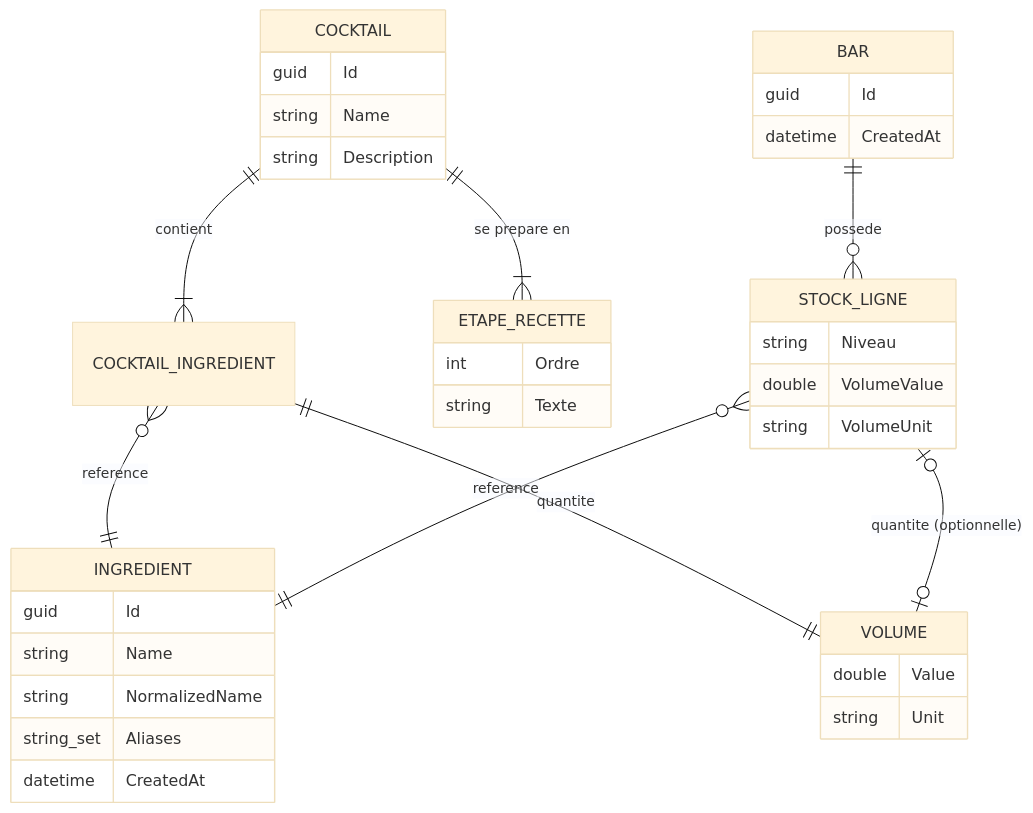
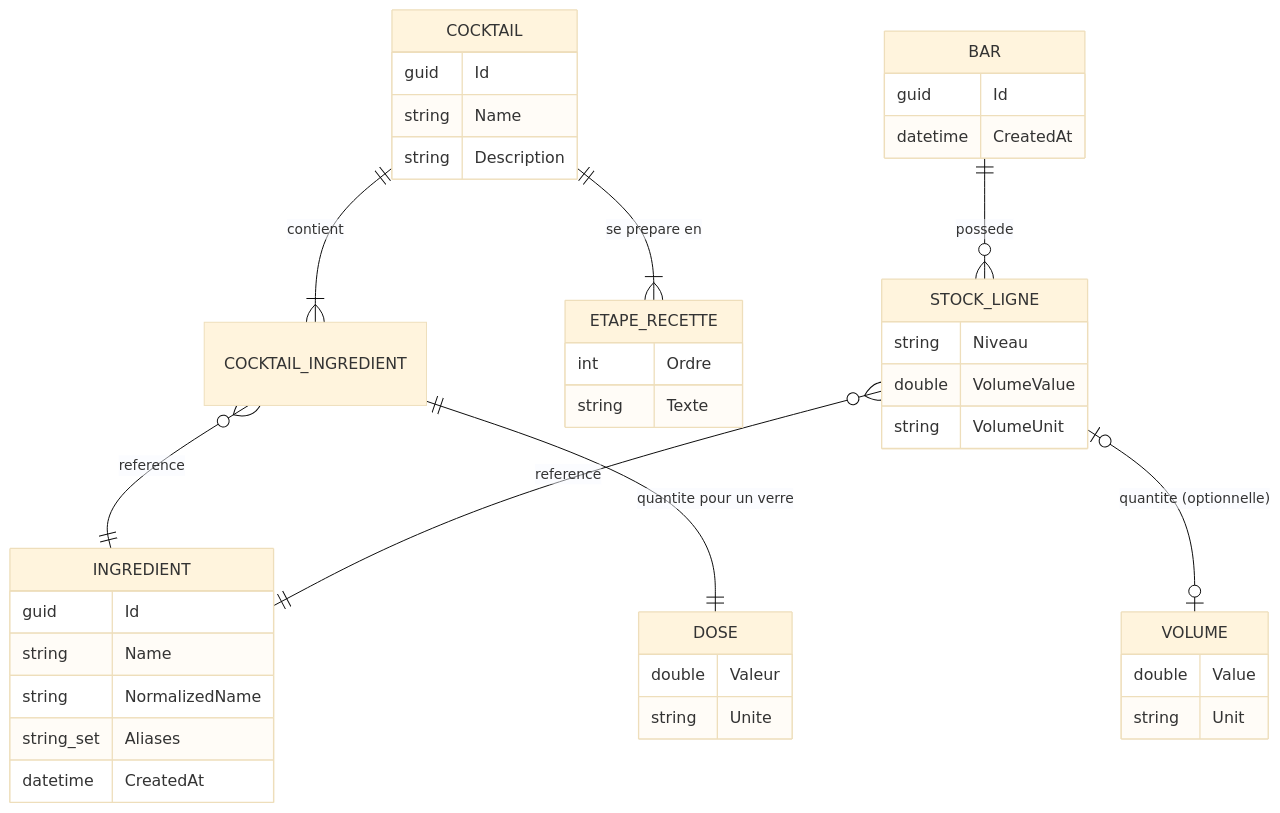
Before and after one commit to Zerak630/mixo-logger: the first of 2 diagrams in docs/MVP.md, drawn with Mermaid (base theme). The commit also changed other lines of this file, not shown here.

Commit message:
docs(mvp): F5 livre, modele Dose, contrat des recettes, B5 corrige

````diff
--- a/docs/MVP.md
+++ b/docs/MVP.md
@@ -135,40 +135,44 @@
 ```mermaid
 erDiagram
     COCKTAIL ||--|{ COCKTAIL_INGREDIENT : "contient"
     COCKTAIL ||--|{ ETAPE_RECETTE : "se prepare en"
     COCKTAIL_INGREDIENT }o--|| INGREDIENT : "reference"
-    COCKTAIL_INGREDIENT ||--|| VOLUME : "quantite"
+    COCKTAIL_INGREDIENT ||--|| DOSE : "quantite pour un verre"
     BAR ||--o{ STOCK_LIGNE : "possede"
     STOCK_LIGNE }o--|| INGREDIENT : "reference"
     STOCK_LIGNE |o--o| VOLUME : "quantite (optionnelle)"
 
     COCKTAIL {
         guid Id
         string Name
         string Description
     }
     INGREDIENT {
         guid Id
         string Name
         string NormalizedName
         string_set Aliases
         datetime CreatedAt
     }
     STOCK_LIGNE {
         string Niveau
         double VolumeValue
         string VolumeUnit
     }
     ETAPE_RECETTE {
         int Ordre
         string Texte
     }
+    DOSE {
+        double Valeur
+        string Unite
+    }
     VOLUME {
         double Value
         string Unit
     }
     BAR {
         guid Id
         datetime CreatedAt
     }
 ```
````
